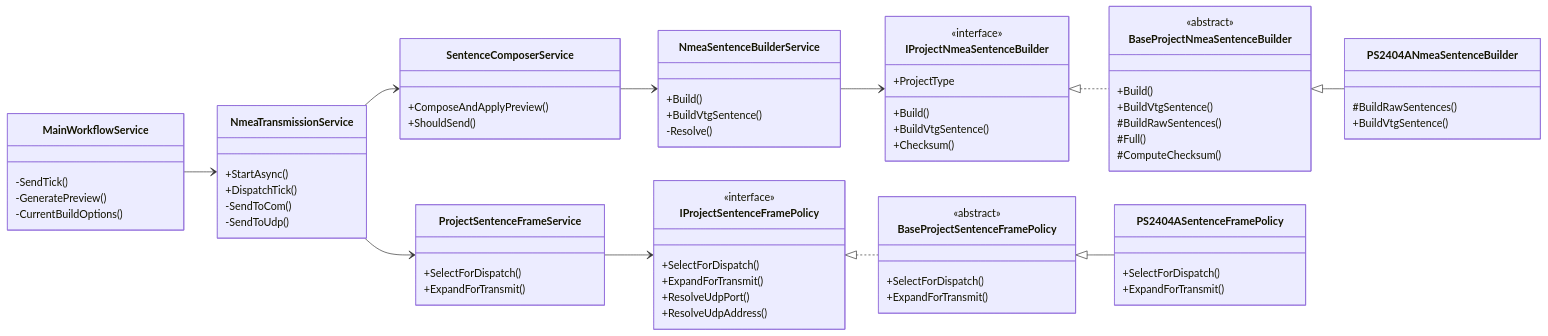
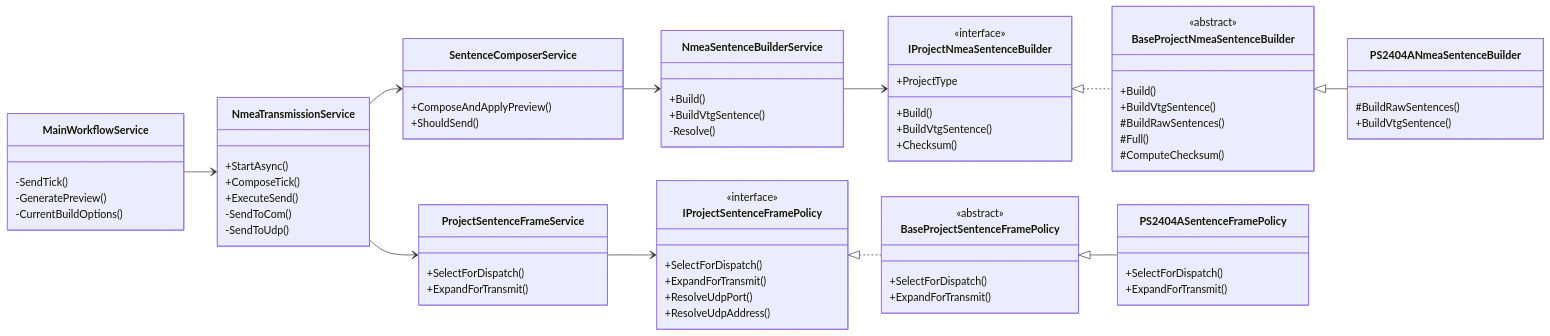
The diagram in docs/HANDOVER.md (str-simulator/NMEASender_WPF), drawn with Mermaid before and after one commit. The commit also changed other lines of this file and 1 other file, not shown here.

```diff
--- a/docs/HANDOVER.md
+++ b/docs/HANDOVER.md
@@ -711,7 +722,8 @@
 
 class NmeaTransmissionService {
   +StartAsync()
-  +DispatchTick()
+  +ComposeTick()
+  +ExecuteSend()
   -SendToCom()
   -SendToUdp()
 }
```
